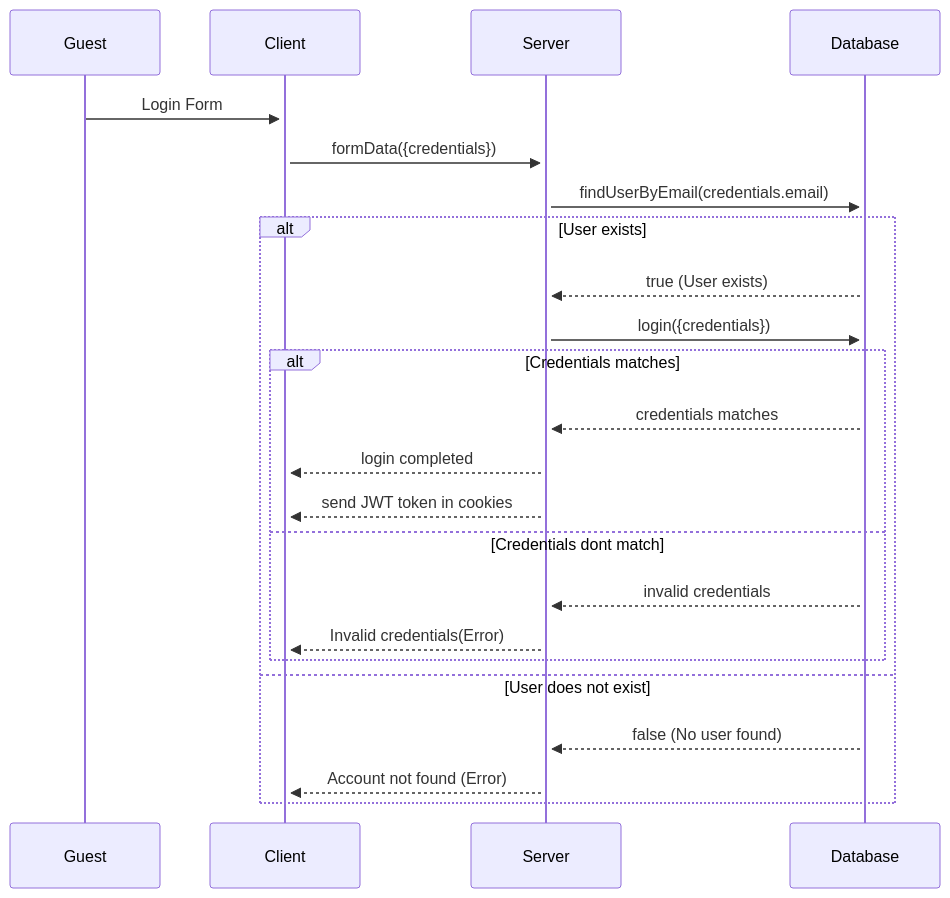
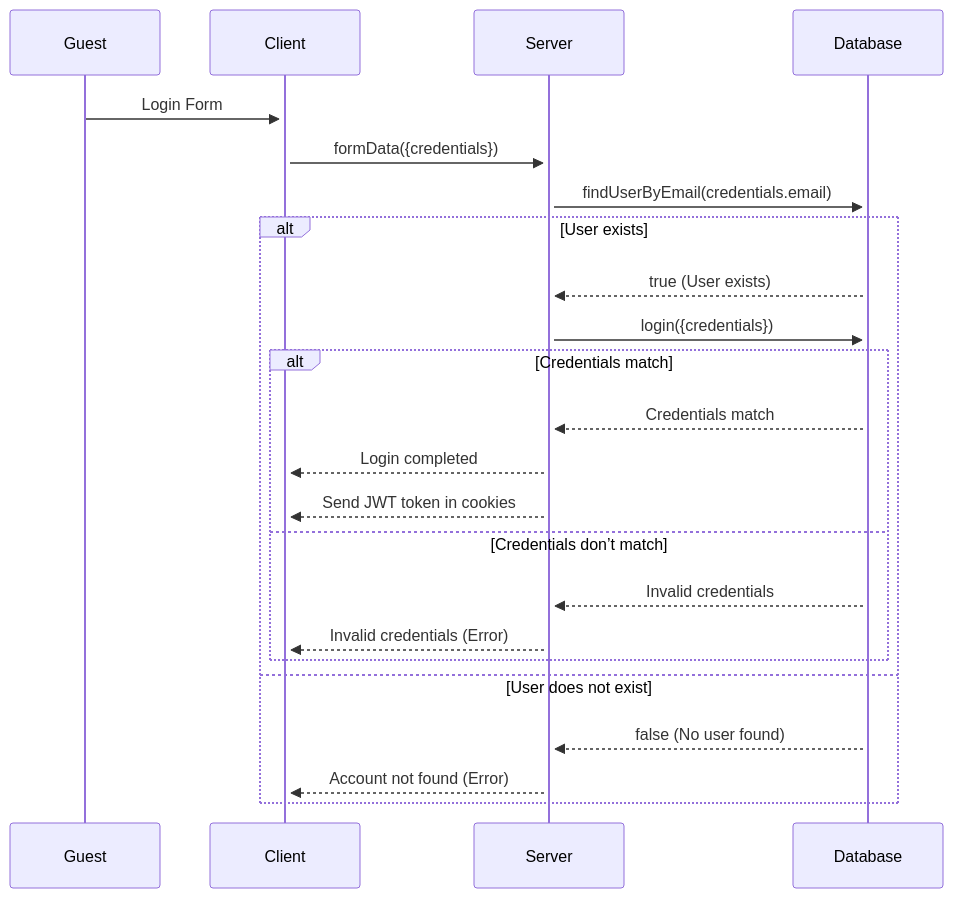
One commit to WildCodeSchool/cdajs-2405-projet-la-meute changed the second of 8 diagrams in SequenceDiagrams.md. Above: the diagram before and after it, drawn with Mermaid. The commit also changed other lines of this file and 1 other file, not shown here.

Commit message:
add CRUD Sequence on appointments

````diff
--- a/SequenceDiagrams.md
+++ b/SequenceDiagrams.md
@@ -41,27 +54,27 @@
 ```mermaid
-    sequenceDiagram
+sequenceDiagram
     participant Guest
     participant Client
     participant Server
     participant Database
 
     Guest ->>+ Client: Login Form
     Client ->>+ Server: formData({credentials})
 
     Server ->>+ Database: findUserByEmail(credentials.email)
     alt User exists
         Database -->> Server: true (User exists)
         Server ->>+ Database: login({credentials})
-        alt Credentials matches
-            Database -->> Server: credentials matches
-            Server -->> Client: login completed
-            Server -->> Client: send JWT token in cookies
-        else Credentials dont match
-            Database -->> Server: invalid credentials
-            Server -->> Client: Invalid credentials(Error)
+        alt Credentials match
+            Database -->> Server: Credentials match
+            Server -->> Client: Login completed
+            Server -->> Client: Send JWT token in cookies
+        else Credentials don’t match
+            Database -->> Server: Invalid credentials
+            Server -->> Client: Invalid credentials (Error)
         end
     else User does not exist
         Database -->> Server: false (No user found)
         Server -->> Client: Account not found (Error)
     end
 ```
````
